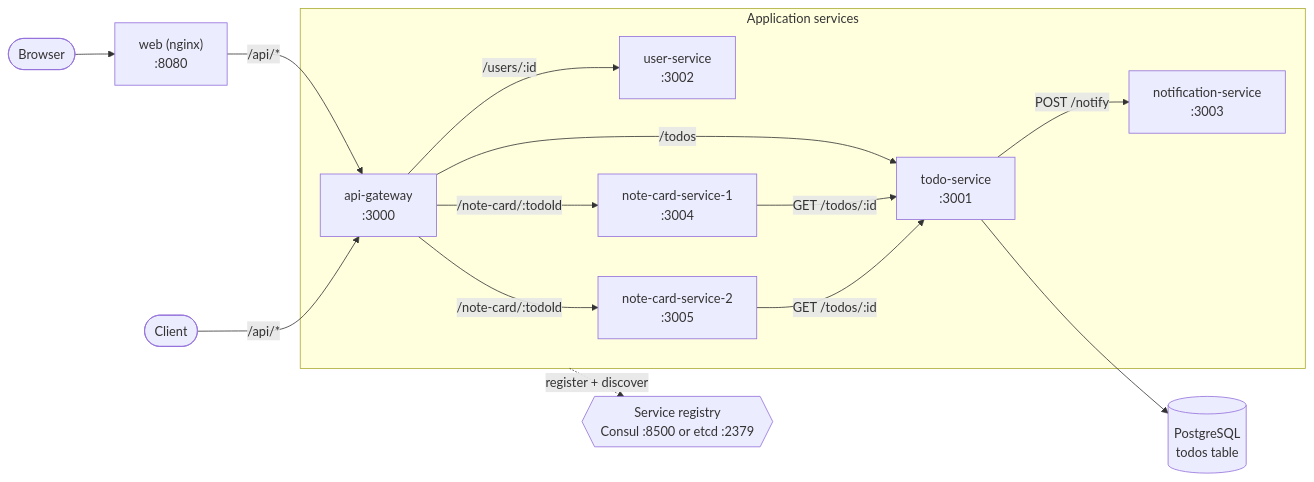
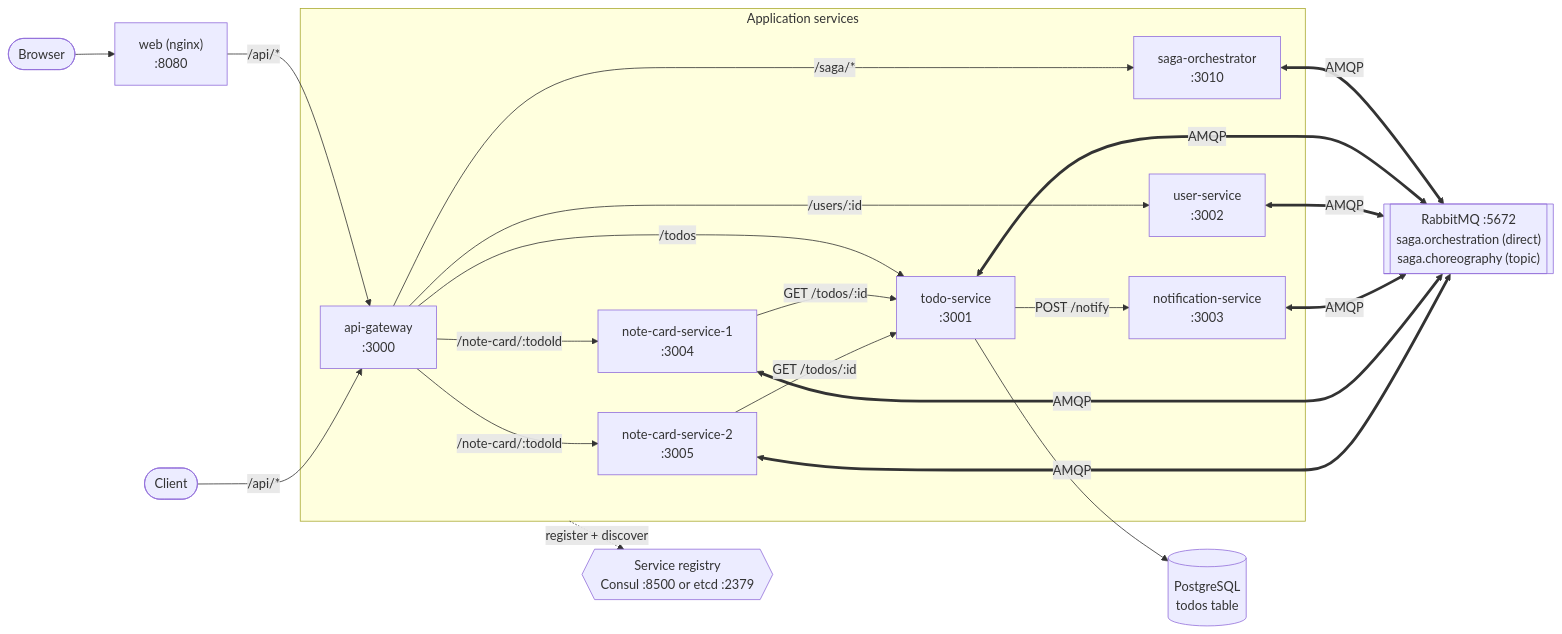
One commit to EotronRM/todo-microservices-example changed the first of 10 diagrams in docs/architecture.md. Above: the diagram before and after it, drawn with Mermaid. The commit also changed other lines of this file, not shown here.

First line of the commit message:
Extend architecture docs with saga diagrams

````diff
--- a/docs/architecture.md
+++ b/docs/architecture.md
@@ -16,29 +16,33 @@
 ```mermaid
 flowchart LR
     client([Client])
     browser([Browser])
     web["web (nginx)<br/>:8080"]
 
     subgraph services["Application services"]
         gw["api-gateway<br/>:3000"]
+        orch["saga-orchestrator<br/>:3010"]
         todo["todo-service<br/>:3001"]
         user["user-service<br/>:3002"]
         notif["notification-service<br/>:3003"]
         nc1["note-card-service-1<br/>:3004"]
         nc2["note-card-service-2<br/>:3005"]
     end
 
     pg[("PostgreSQL<br/>todos table")]
+    mq[["RabbitMQ :5672<br/>saga.orchestration (direct)<br/>saga.choreography (topic)"]]
     reg{{"Service registry<br/>Consul :8500 or etcd :2379"}}
 
     browser --> web
     web -->|"/api/*"| gw
     client -->|"/api/*"| gw
     gw -->|"/todos"| todo
     gw -->|"/users/:id"| user
     gw -->|"/note-card/:todoId"| nc1 & nc2
+    gw -->|"/saga/*"| orch
     todo -->|"POST /notify"| notif
     nc1 & nc2 -->|"GET /todos/:id"| todo
     todo --> pg
+    orch & todo & user & notif & nc1 & nc2 <==>|AMQP| mq
     services -.->|"register + discover"| reg
 ```
````
